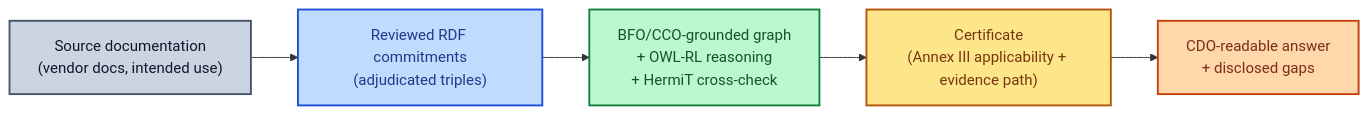
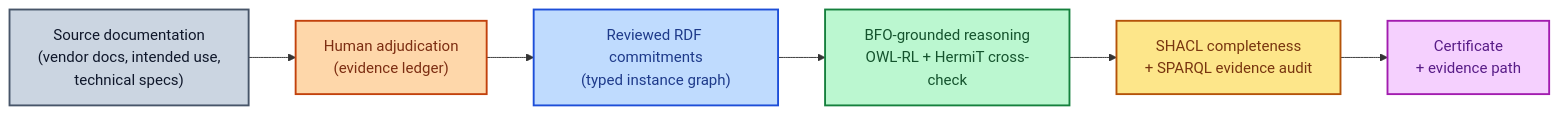
Before and after one commit to Amosk21/ARCO: the diagram in README.md, drawn with Mermaid. The commit also changed other lines of this file, not shown here.

First line of the commit message:
docs(readme): full rewrite + audit/trust additions on top of merged PR #47 (#48)

````diff
--- a/README.md
+++ b/README.md
@@ -36,14 +17,16 @@
 ```mermaid
 flowchart LR
-    SRC["Source documentation<br/>(vendor docs, intended use)"]
-    --> COMMIT["Reviewed RDF commitments<br/>(adjudicated triples)"]
-    --> REASON["BFO/CCO-grounded graph<br/>+ OWL-RL reasoning<br/>+ HermiT cross-check"]
-    --> ANSWER["Certificate<br/>(Annex III applicability + evidence path)"]
-    --> CDO["CDO-readable answer<br/>+ disclosed gaps"]
+    SRC["Source documentation<br/>(vendor docs, intended use,<br/>technical specs)"]
+    --> ADJ["Human adjudication<br/>(evidence ledger)"]
+    --> COMMIT["Reviewed RDF commitments<br/>(typed instance graph)"]
+    --> REASON["BFO-grounded reasoning<br/>OWL-RL + HermiT cross-check"]
+    --> AUDIT["SHACL completeness<br/>+ SPARQL evidence audit"]
+    --> CERT["Certificate<br/>+ evidence path"]
 
     style SRC fill:#cbd5e1,stroke:#475569,color:#0f172a,stroke-width:2px
+    style ADJ fill:#fed7aa,stroke:#c2410c,color:#7c2d12,stroke-width:2px
     style COMMIT fill:#bfdbfe,stroke:#1d4ed8,color:#1e3a8a,stroke-width:2px
     style REASON fill:#bbf7d0,stroke:#15803d,color:#14532d,stroke-width:2px
-    style ANSWER fill:#fde68a,stroke:#b45309,color:#78350f,stroke-width:2px
-    style CDO fill:#fed7aa,stroke:#c2410c,color:#7c2d12,stroke-width:2px
+    style AUDIT fill:#fde68a,stroke:#b45309,color:#78350f,stroke-width:2px
+    style CERT fill:#f5d0fe,stroke:#a21caf,color:#581c87,stroke-width:2px
 ```
````
